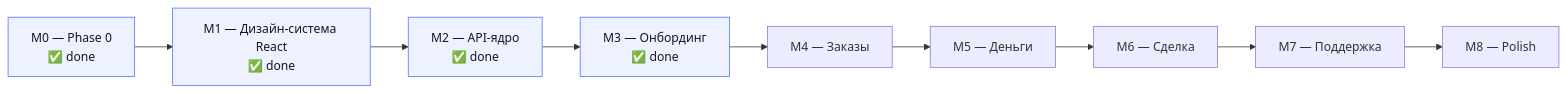
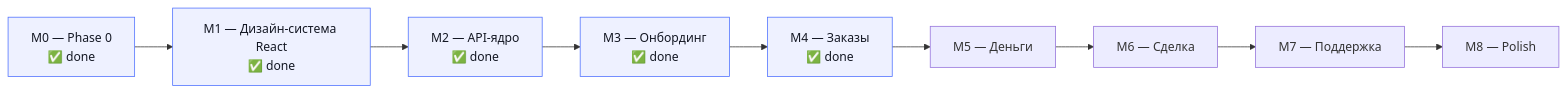
Before and after one commit to koishybek/zovu: the diagram in docs/10-status.md, drawn with Mermaid. The commit also changed other lines of this file and 28 other files, not shown here.

````diff
--- a/docs/10-status.md
+++ b/docs/10-status.md
@@ -27,15 +27,16 @@
 ```mermaid
 flowchart LR
     M0["M0 — Phase 0<br/>✅ done"] --> M1["M1 — Дизайн-система React<br/>✅ done"]
     M1 --> M2["M2 — API-ядро<br/>✅ done"]
     M2 --> M3["M3 — Онбординг<br/>✅ done"]
-    M3 --> M4["M4 — Заказы"]
+    M3 --> M4["M4 — Заказы<br/>✅ done"]
     M4 --> M5["M5 — Деньги"]
     M5 --> M6["M6 — Сделка"]
     M6 --> M7["M7 — Поддержка"]
     M7 --> M8["M8 — Polish"]
     style M0 fill:#EEF1FF,stroke:#4C6FFF,color:#141824
     style M1 fill:#EEF1FF,stroke:#4C6FFF,color:#141824
     style M2 fill:#EEF1FF,stroke:#4C6FFF,color:#141824
     style M3 fill:#EEF1FF,stroke:#4C6FFF,color:#141824
+    style M4 fill:#EEF1FF,stroke:#4C6FFF,color:#141824
 ```
````
